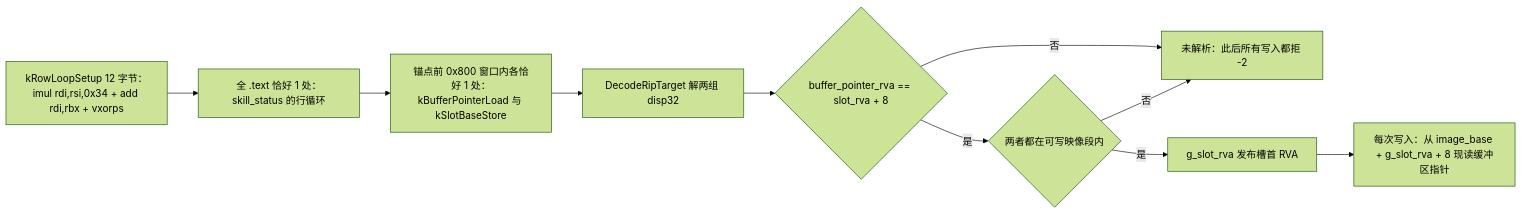
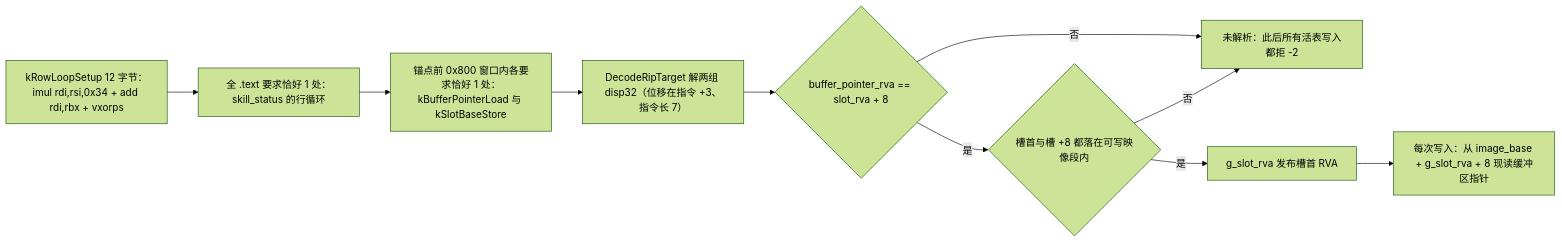
Before and after one commit to baagod/GBFR-Sigil-Loadout: the first of 2 diagrams in openwiki/concepts/skill-status-table.md, drawn with Mermaid (forest theme). The commit also changed other lines of this file and 33 other files, not shown here.

````diff
--- a/openwiki/concepts/skill-status-table.md
+++ b/openwiki/concepts/skill-status-table.md
@@ -119,12 +132,12 @@
 ```mermaid
 flowchart LR
-    A["kRowLoopSetup 12 字节：imul rdi,rsi,0x34 + add rdi,rbx + vxorps"] --> B["全 .text 恰好 1 处：skill_status 的行循环"]
-    B --> C["锚点前 0x800 窗口内各恰好 1 处：kBufferPointerLoad 与 kSlotBaseStore"]
-    C --> D["DecodeRipTarget 解两组 disp32"]
+    A["kRowLoopSetup 12 字节：imul rdi,rsi,0x34 + add rdi,rbx + vxorps"] --> B["全 .text 要求恰好 1 处：skill_status 的行循环"]
+    B --> C["锚点前 0x800 窗口内各要求恰好 1 处：kBufferPointerLoad 与 kSlotBaseStore"]
+    C --> D["DecodeRipTarget 解两组 disp32（位移在指令 +3、指令长 7）"]
     D --> E{"buffer_pointer_rva == slot_rva + 8"}
-    E -- "否" --> F["未解析：此后所有写入都拒 -2"]
-    E -- "是" --> G{"两者都在可写映像段内"}
+    E -- "否" --> F["未解析：此后所有活表写入都拒 -2"]
+    E -- "是" --> G{"槽首与槽 +8 都落在可写映像段内"}
     G -- "否" --> F
     G -- "是" --> H["g_slot_rva 发布槽首 RVA"]
     H --> I["每次写入：从 image_base + g_slot_rva + 8 现读缓冲区指针"]
 ```
````
